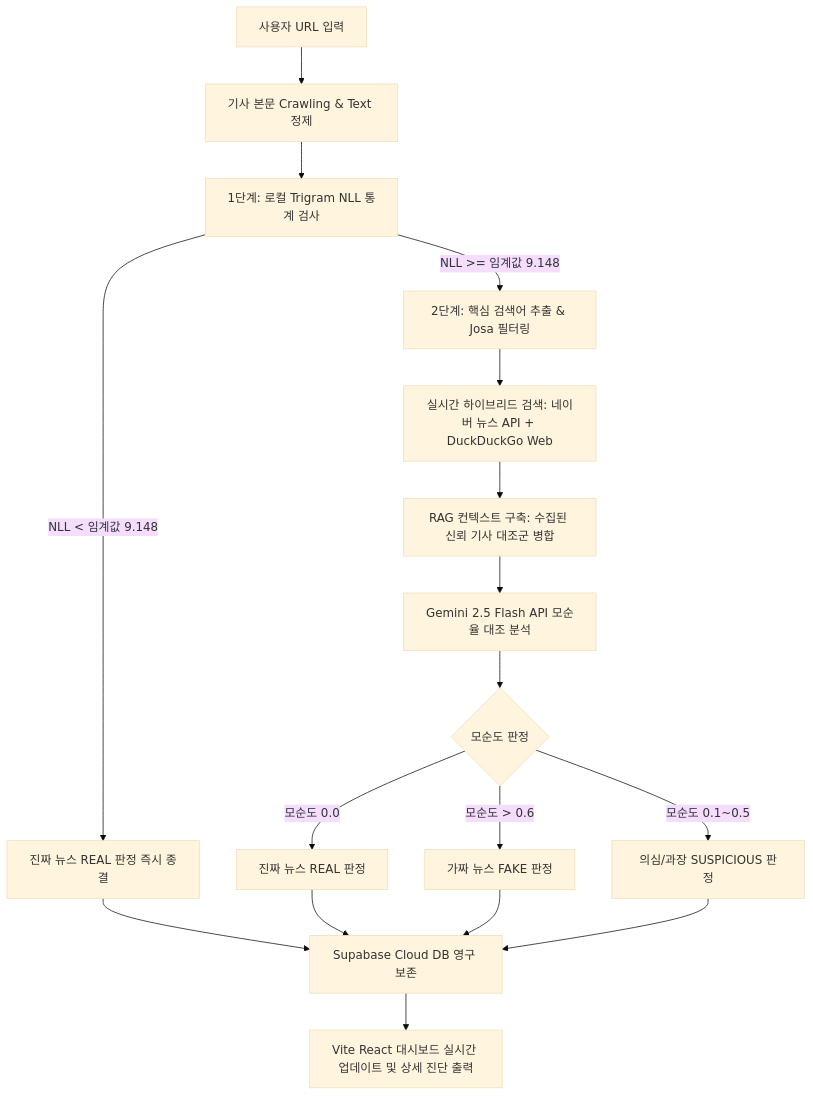
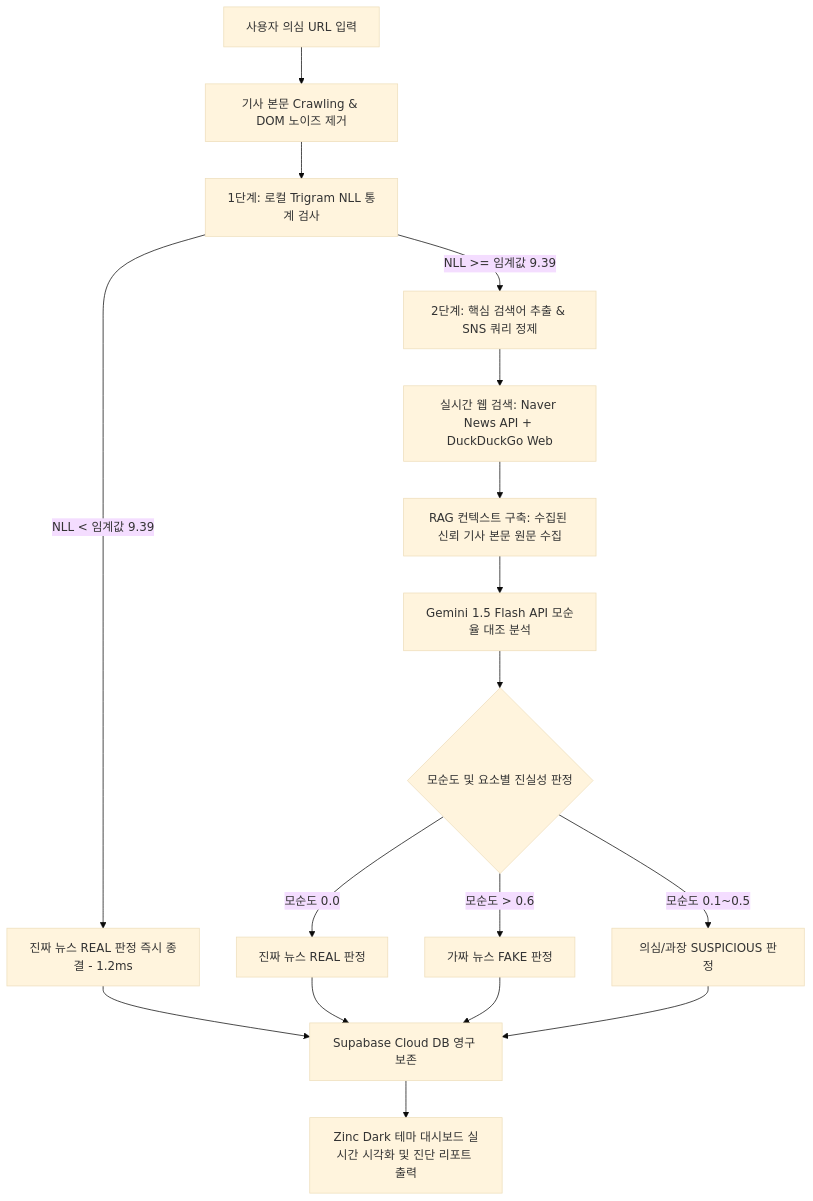
Before and after one commit to woosh0901-sys/fakenews: the diagram in README.md, drawn with Mermaid (base theme). The commit also changed other lines of this file, not shown here.

````diff
--- a/README.md
+++ b/README.md
@@ -31,16 +27,16 @@
 ```mermaid
 graph TD
-    A[사용자 URL 입력] --> B[기사 본문 Crawling & Text 정제]
+    A[사용자 의심 URL 입력] --> B[기사 본문 Crawling & DOM 노이즈 제거]
     B --> C[1단계: 로컬 Trigram NLL 통계 검사]
-    C -->|NLL < 임계값 9.148| D[진짜 뉴스 REAL 판정 즉시 종결]
-    C -->|NLL >= 임계값 9.148| E[2단계: 핵심 검색어 추출 & Josa 필터링]
-    E --> F[실시간 하이브리드 검색: 네이버 뉴스 API + DuckDuckGo Web]
-    F --> G[RAG 컨텍스트 구축: 수집된 신뢰 기사 대조군 병합]
-    G --> H[Gemini 2.5 Flash API 모순율 대조 분석]
-    H --> I{모순도 판정}
+    C -->|NLL < 임계값 9.39| D[진짜 뉴스 REAL 판정 즉시 종결 - 1.2ms]
+    C -->|NLL >= 임계값 9.39| E[2단계: 핵심 검색어 추출 & SNS 쿼리 정제]
+    E --> F[실시간 웹 검색: Naver News API + DuckDuckGo Web]
+    F --> G[RAG 컨텍스트 구축: 수집된 신뢰 기사 본문 원문 수집]
+    G --> H[Gemini 1.5 Flash API 모순율 대조 분석]
+    H --> I{모순도 및 요소별 진실성 판정}
     I -->|모순도 0.0| J[진짜 뉴스 REAL 판정]
     I -->|모순도 > 0.6| K[가짜 뉴스 FAKE 판정]
     I -->|모순도 0.1~0.5| L[의심/과장 SUSPICIOUS 판정]
     D & J & K & L --> M[Supabase Cloud DB 영구 보존]
-    M --> N[Vite React 대시보드 실시간 업데이트 및 상세 진단 출력]
+    M --> N[Zinc Dark 테마 대시보드 실시간 시각화 및 진단 리포트 출력]
 ```
````
